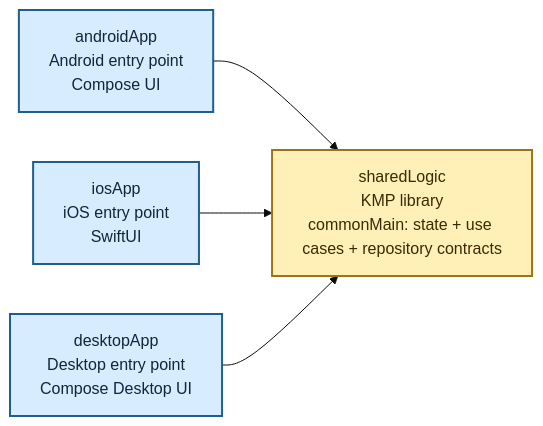
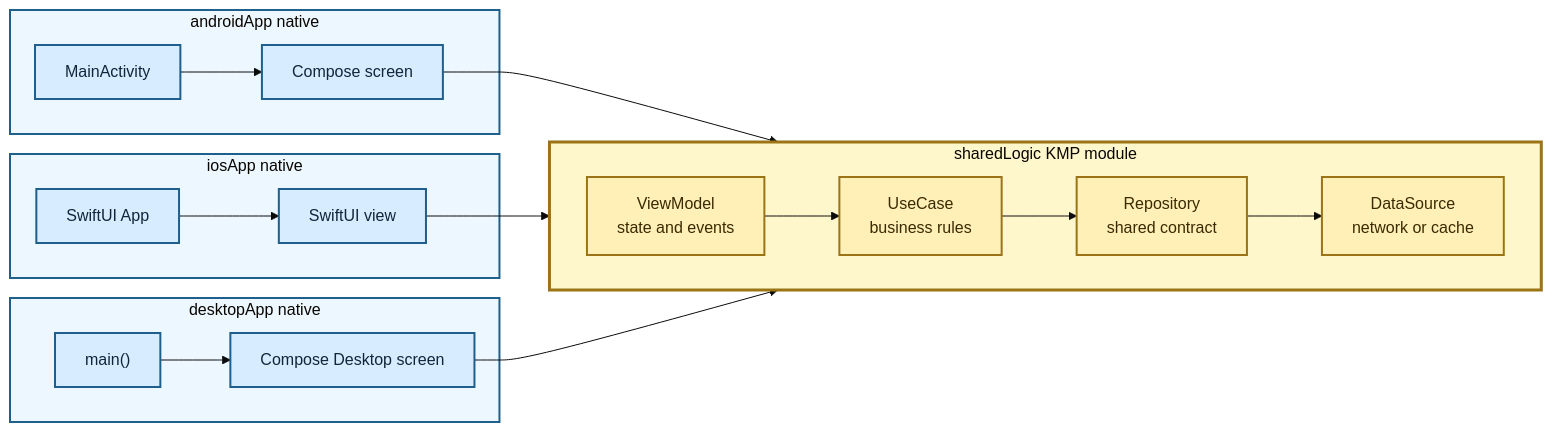
The diagram in diagrams/02-kmp-native-ui.md (TheSetox/kmp-sample-diagrams), drawn with Mermaid (base theme) before and after one commit. The commit also changed other lines of this file and 18 other files, not shown here.

Commit message:
docs: clarify kmp and native diagram boundaries

````diff
--- a/diagrams/02-kmp-native-ui.md
+++ b/diagrams/02-kmp-native-ui.md
@@ -5,17 +5,42 @@
 ```mermaid
 flowchart LR
-  Shared["sharedLogic\nKMP library\ncommonMain: state + use cases + repository contracts"]
+  subgraph Android["androidApp native"]
+    AEntry["MainActivity"]
+    AUI["Compose screen"]
+    AEntry --> AUI
+  end
 
-  Android["androidApp\nAndroid entry point\nCompose UI"]
-  IOS["iosApp\niOS entry point\nSwiftUI"]
-  Desktop["desktopApp\nDesktop entry point\nCompose Desktop UI"]
+  subgraph IOS["iosApp native"]
+    IEntry["SwiftUI App"]
+    IUI["SwiftUI view"]
+    IEntry --> IUI
+  end
 
-  Android --> Shared
-  IOS --> Shared
-  Desktop --> Shared
+  subgraph Desktop["desktopApp native"]
+    DEntry["main()"]
+    DUI["Compose Desktop screen"]
+    DEntry --> DUI
+  end
+
+  subgraph KMP["sharedLogic KMP module"]
+    direction LR
+    VM["ViewModel\nstate and events"]
+    UseCase["UseCase\nbusiness rules"]
+    Repository["Repository\nshared contract"]
+    DataSource["DataSource\nnetwork or cache"]
+    VM --> UseCase --> Repository --> DataSource
+  end
+
+  AUI --> VM
+  IUI --> VM
+  DUI --> VM
 
   classDef app fill:#d8ecff,stroke:#1f5f8b,color:#0f2738,stroke-width:2px;
-  classDef shared fill:#fff0b8,stroke:#9b7415,color:#3b2a00,stroke-width:2px;
-  class Android,IOS,Desktop app;
-  class Shared shared;
+  classDef kmp fill:#fff0b8,stroke:#9b7415,color:#3b2a00,stroke-width:2px;
+  class AEntry,AUI,IEntry,IUI,DEntry,DUI app;
+  class VM,UseCase,Repository,DataSource kmp;
+  style Android fill:#edf7ff,stroke:#1f5f8b,stroke-width:2px
+  style IOS fill:#edf7ff,stroke:#1f5f8b,stroke-width:2px
+  style Desktop fill:#edf7ff,stroke:#1f5f8b,stroke-width:2px
+  style KMP fill:#fff7cc,stroke:#9b7415,stroke-width:3px
 ```
````
